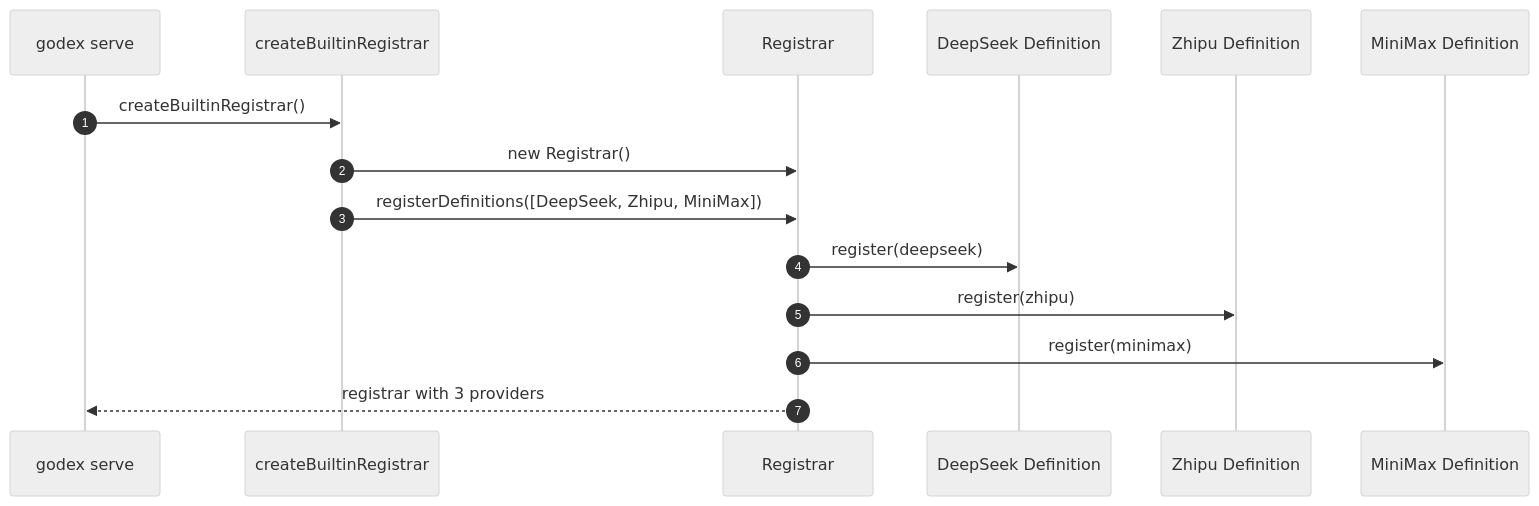
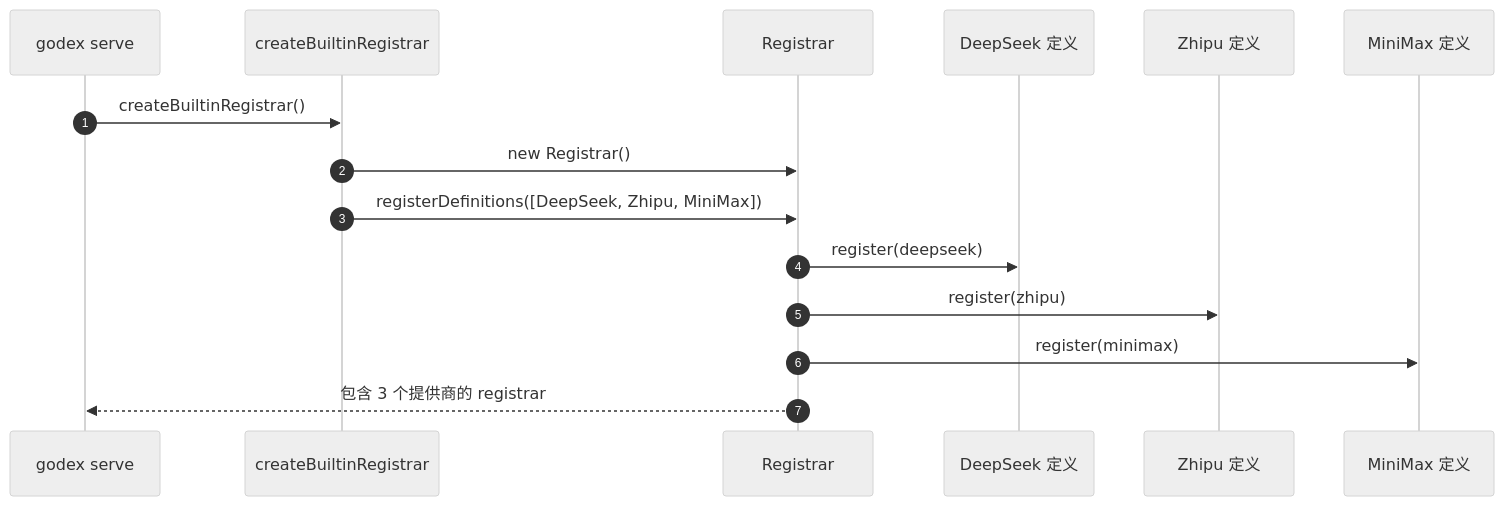
Before and after one commit to Ahoo-Wang/GodeX: the third of 3 diagrams in wiki/zh/01-getting-started/builtin-providers.md, drawn with Mermaid (neutral theme). The commit also changed other lines of this file and 36 other files, not shown here.

````diff
--- a/wiki/zh/01-getting-started/builtin-providers.md
+++ b/wiki/zh/01-getting-started/builtin-providers.md
@@ -183,18 +183,18 @@
 ```mermaid
 sequenceDiagram
     autonumber
     participant CLI as godex serve
     participant Builtin as createBuiltinRegistrar
     participant Registrar as Registrar
-    participant DeepSeek as DeepSeek Definition
-    participant Zhipu as Zhipu Definition
-    participant MiniMax as MiniMax Definition
+    participant DeepSeek as DeepSeek 定义
+    participant Zhipu as Zhipu 定义
+    participant MiniMax as MiniMax 定义
 
     CLI->>Builtin: createBuiltinRegistrar()
     Builtin->>Registrar: new Registrar()
     Builtin->>Registrar: registerDefinitions([DeepSeek, Zhipu, MiniMax])
     Registrar->>DeepSeek: register(deepseek)
     Registrar->>Zhipu: register(zhipu)
     Registrar->>MiniMax: register(minimax)
-    Registrar-->>CLI: registrar with 3 providers
+    Registrar-->>CLI: 包含 3 个提供商的 registrar
 ```
````
